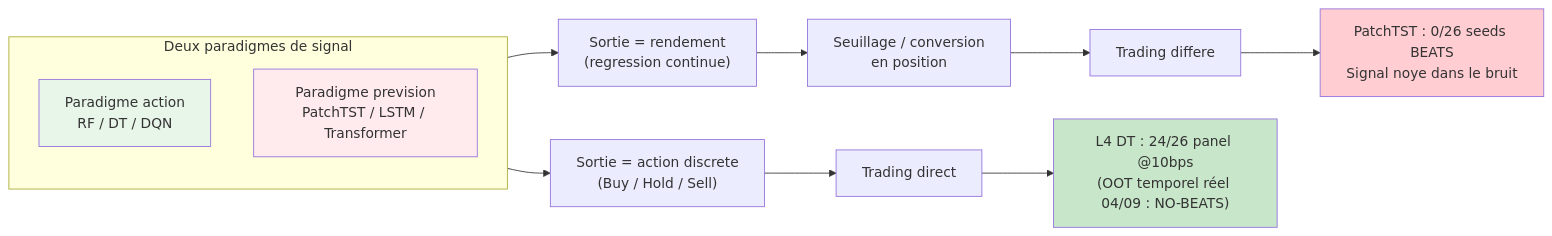
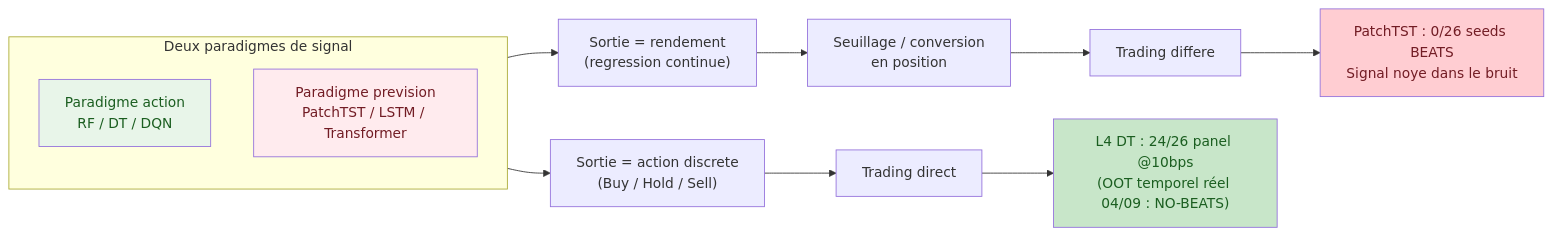
Before and after one commit to jsboige/CoursIA: the second of 2 diagrams in MyIA.AI.Notebooks/QuantConnect/ML-Training-Pipeline/README.md, drawn with Mermaid. The commit also changed other lines of this file and 1 other file, not shown here.

Commit message:
fix(docs,#15516): color: explicite sur les regles mermaid fill: de la famille QuantConnect (2 READMEs, 17 regles)
Sweep #15516 (residuel #15022), famille QuantConnect : README racine (10
regles) + ML-Training-Pipeline (7 regles). Pattern pilote #15502 -- ajout
de color: uniquement (aucune couleur pedagogique retiree), garde %% anti-
harmonisation par bloc. Palette : e1f5ff->#004085, e8f5e9/c8e6c9->#1b5e20,
fff3e0->#bf360c, ffebee/ffcdd2->#721c24 ; contraste WCAG calcule >= 4.67:1
sur les 6 fills (min: #b71c1c non retenu ; retenu min 5.11).

````diff
--- a/MyIA.AI.Notebooks/QuantConnect/ML-Training-Pipeline/README.md
+++ b/MyIA.AI.Notebooks/QuantConnect/ML-Training-Pipeline/README.md
@@ -505,19 +506,20 @@
 ```mermaid
 flowchart LR
     subgraph PARA["Deux paradigmes de signal"]
         direction TB
         P1["Paradigme action<br/>RF / DT / DQN"]
         P2["Paradigme prevision<br/>PatchTST / LSTM / Transformer"]
     end
     P1 --> ACT["Sortie = action discrete<br/>(Buy / Hold / Sell)"]
     P2 --> RET["Sortie = rendement<br/>(regression continue)"]
     ACT --> TR1["Trading direct"]
     RET --> TH["Seuillage / conversion<br/>en position"]
     TH --> TR2["Trading differe"]
     TR1 --> RES1["L4 DT : 24/26 panel @10bps<br/>(OOT temporel réel 04/09 : NO-BEATS)"]
     TR2 --> RES2["PatchTST : 0/26 seeds BEATS<br/>Signal noye dans le bruit"]
-    style P1 fill:#e8f5e9
-    style P2 fill:#ffebee
-    style RES1 fill:#c8e6c9
-    style RES2 fill:#ffcdd2
+    %% color: explicite -- sans lui, libelle clair sur fond clair en mode sombre GitHub (#15022) ; ton parfois plus fonce que le stroke (le stroke en couleur de texte rendrait infer illisible) : ne pas harmoniser
+    style P1 fill:#e8f5e9,color:#1b5e20
+    style P2 fill:#ffebee,color:#721c24
+    style RES1 fill:#c8e6c9,color:#1b5e20
+    style RES2 fill:#ffcdd2,color:#721c24
 ```
````
